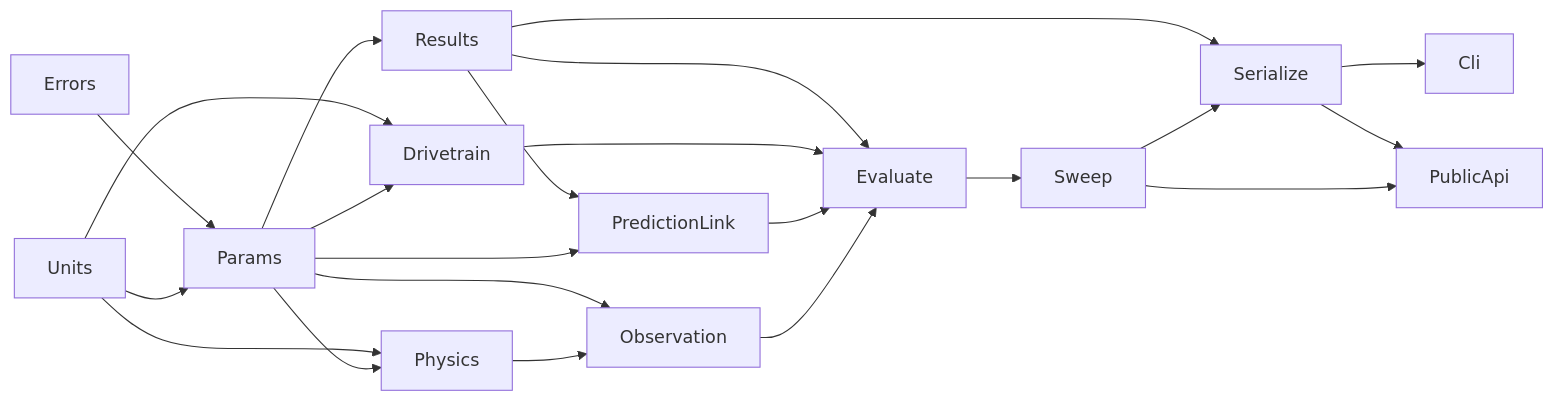
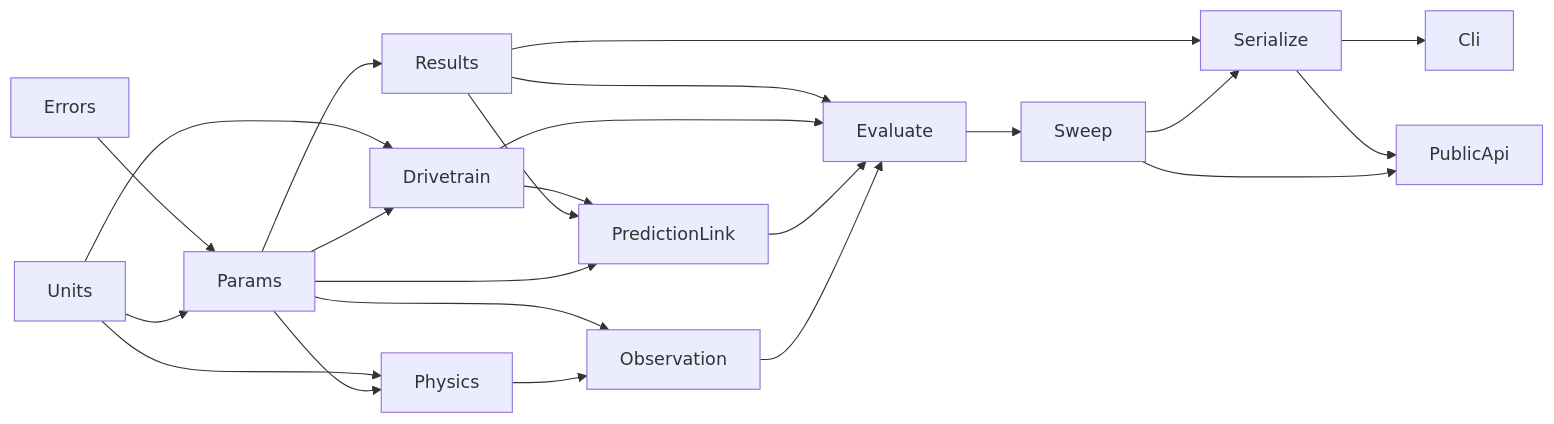
The second of 4 diagrams in .kiro/specs/trajectory-simulator/design.md (f18c052f/smart-trashbox-tribute), drawn with Mermaid before and after one commit. The commit also changed other lines of this file and 4 other files, not shown here.

````diff
--- a/.kiro/specs/trajectory-simulator/design.md
+++ b/.kiro/specs/trajectory-simulator/design.md
@@ -155,24 +155,25 @@
 ```mermaid
 graph LR
     Units --> Params
     Errors --> Params
     Params --> Results
     Params --> Physics
     Params --> Drivetrain
     Units --> Physics
     Units --> Drivetrain
     Physics --> Observation
     Params --> Observation
     Params --> PredictionLink
     Results --> PredictionLink
+    Drivetrain --> PredictionLink
     Observation --> Evaluate
     PredictionLink --> Evaluate
     Drivetrain --> Evaluate
     Results --> Evaluate
     Evaluate --> Sweep
     Sweep --> Serialize
     Results --> Serialize
     Serialize --> Cli
     Sweep --> PublicApi
     Serialize --> PublicApi
 ```
````
